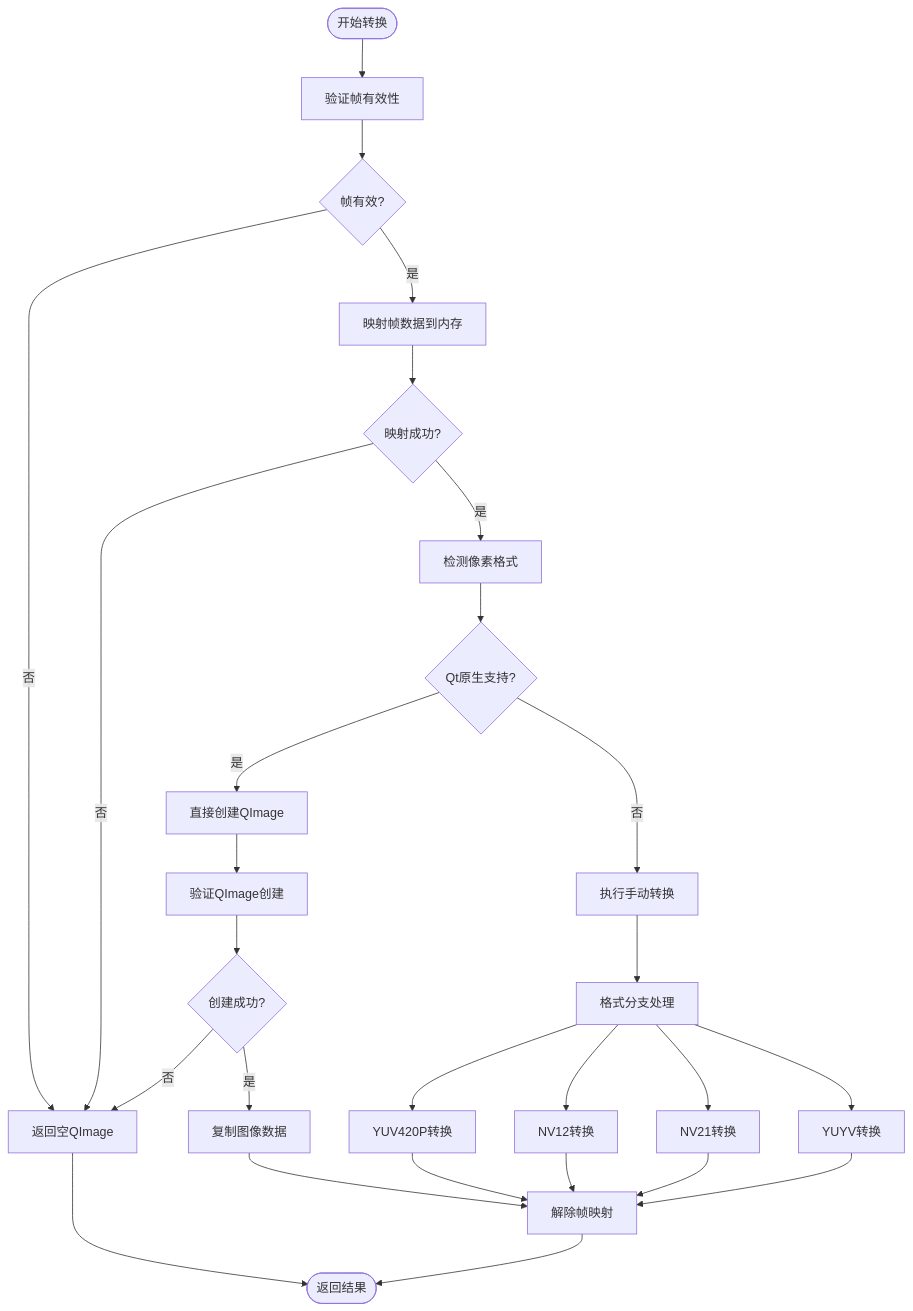
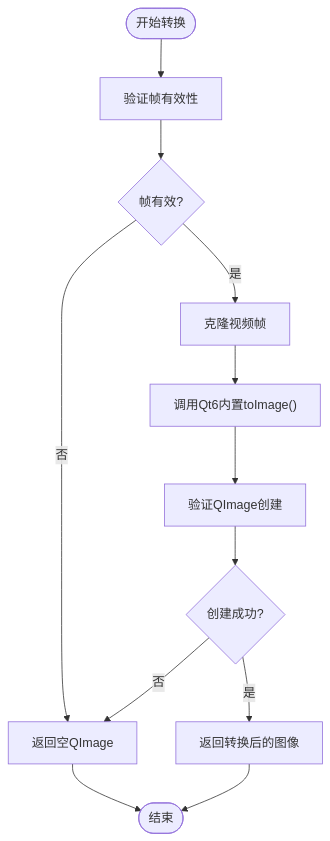
One commit to HeQiTZD/Triple-terminal-Attendance-Punching-System changed the fourth of 8 diagrams in .qoder/repowiki/zh/content/核心模块/摄像头采集模块/帧格式转换.md. Above: the diagram before and after it, drawn with Mermaid. The commit also changed other lines of this file and 127 other files, not shown here.

````diff
--- a/.qoder/repowiki/zh/content/核心模块/摄像头采集模块/帧格式转换.md
+++ b/.qoder/repowiki/zh/content/核心模块/摄像头采集模块/帧格式转换.md
@@ -171,29 +169,14 @@
 ```mermaid
 flowchart TD
 Start([开始转换]) --> Validate["验证帧有效性"]
 Validate --> Valid{"帧有效?"}
 Valid --> |否| ReturnNull["返回空QImage"]
-Valid --> |是| MapFrame["映射帧数据到内存"]
-MapFrame --> MapSuccess{"映射成功?"}
-MapSuccess --> |否| ReturnNull
-MapSuccess --> |是| DetectFormat["检测像素格式"]
-DetectFormat --> DirectConvert{"Qt原生支持?"}
-DirectConvert --> |是| CreateQImage["直接创建QImage"]
-DirectConvert --> |否| ManualConvert["执行手动转换"]
-CreateQImage --> VerifyImage["验证QImage创建"]
+Valid --> |是| CloneFrame["克隆视频帧"]
+CloneFrame --> CallToImage["调用Qt6内置toImage()"]
+CallToImage --> VerifyImage["验证QImage创建"]
 VerifyImage --> VerifySuccess{"创建成功?"}
 VerifySuccess --> |否| ReturnNull
-VerifySuccess --> |是| CopyData["复制图像数据"]
-CopyData --> Unmap["解除帧映射"]
-ManualConvert --> FormatSwitch["格式分支处理"]
-FormatSwitch --> YUV420P["YUV420P转换"]
-FormatSwitch --> NV12["NV12转换"]
-FormatSwitch --> NV21["NV21转换"]
-FormatSwitch --> YUYV["YUYV转换"]
-YUV420P --> Unmap
-NV12 --> Unmap
-NV21 --> Unmap
-YUYV --> Unmap
-Unmap --> End([返回结果])
-ReturnNull --> End
+VerifySuccess --> |是| ReturnImage["返回转换后的图像"]
+ReturnNull --> End([结束])
+ReturnImage --> End
 ```
````
